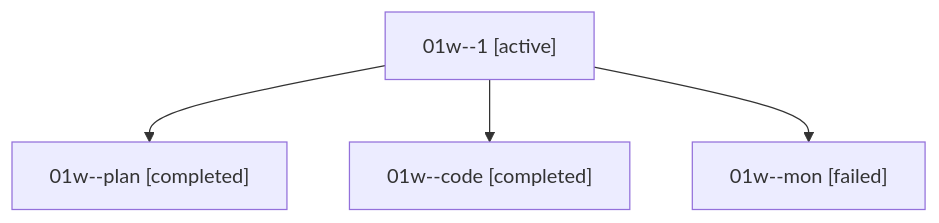
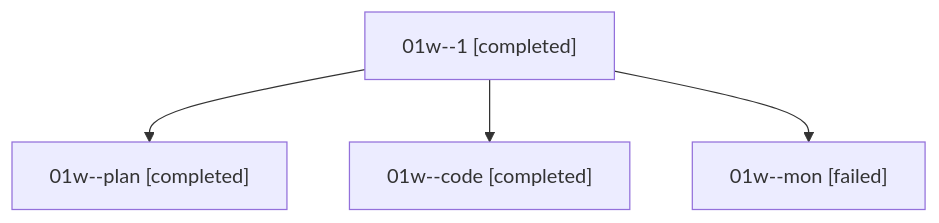
Before and after one commit to sase-org/sase--agents: the diagram in families/bbugyi200.athena.01w.md, drawn with Mermaid. The commit also changed other lines of this file and 62 other files, not shown here.

````diff
--- a/families/bbugyi200.athena.01w.md
+++ b/families/bbugyi200.athena.01w.md
@@ -9,10 +9,10 @@
 ```mermaid
 flowchart TD
-  n0["01w--1 [active]"]
+  n0["01w--1 [completed]"]
   n1["01w--plan [completed]"]
   n0 --> n1
   n2["01w--code [completed]"]
   n0 --> n2
   n3["01w--mon [failed]"]
   n0 --> n3
 ```
````
